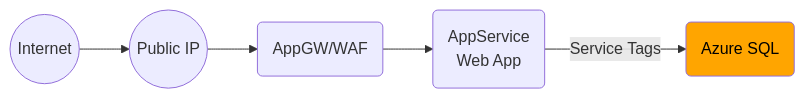
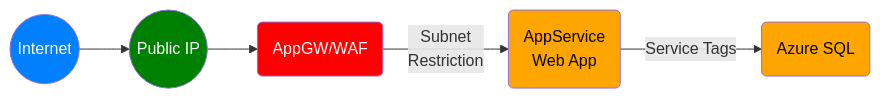
The third of 7 diagrams in README.md (msalemor/app-services-networking), drawn with Mermaid before and after one commit. The commit also changed other lines of this file, not shown here.

````diff
--- a/README.md
+++ b/README.md
@@ -84,9 +87,15 @@
 ```mermaid
 graph LR;
     A((Internet))-->B((Public IP));
     B-->C(AppGW/WAF);
-    C-->D(AppService<br/>Web App);
+    C--Subnet<br/>Restriction-->D(AppService<br/>Web App);
     D-- Service Tags -->E(Azure SQL);
+    classDef internet fill:#007FFF,color:white;
+    classDef unsafe fill:green,color:white;
     classDef semisafe fill:orange,color:black;
-    class E semisafe;
+    classDef safe fill:red,color:white;
+    class A internet;
+    class B unsafe;
+    class C safe;
+    class E,D semisafe;
 ```
````
